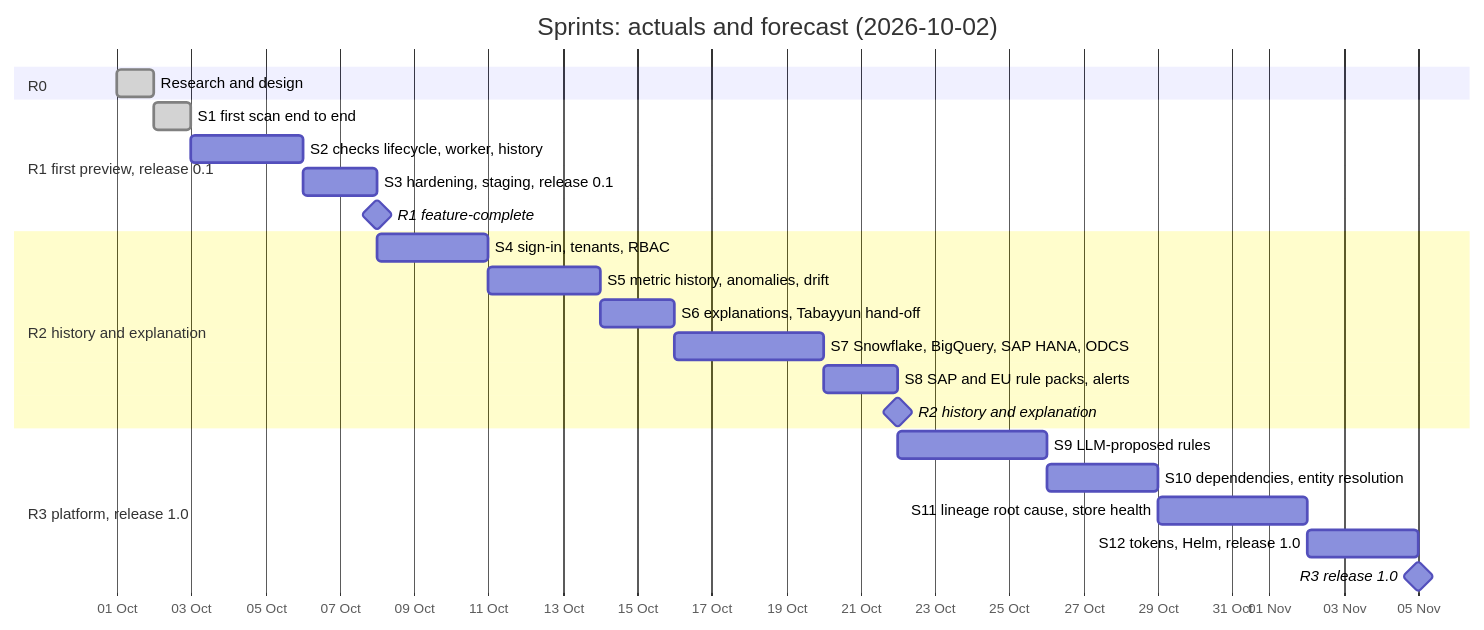
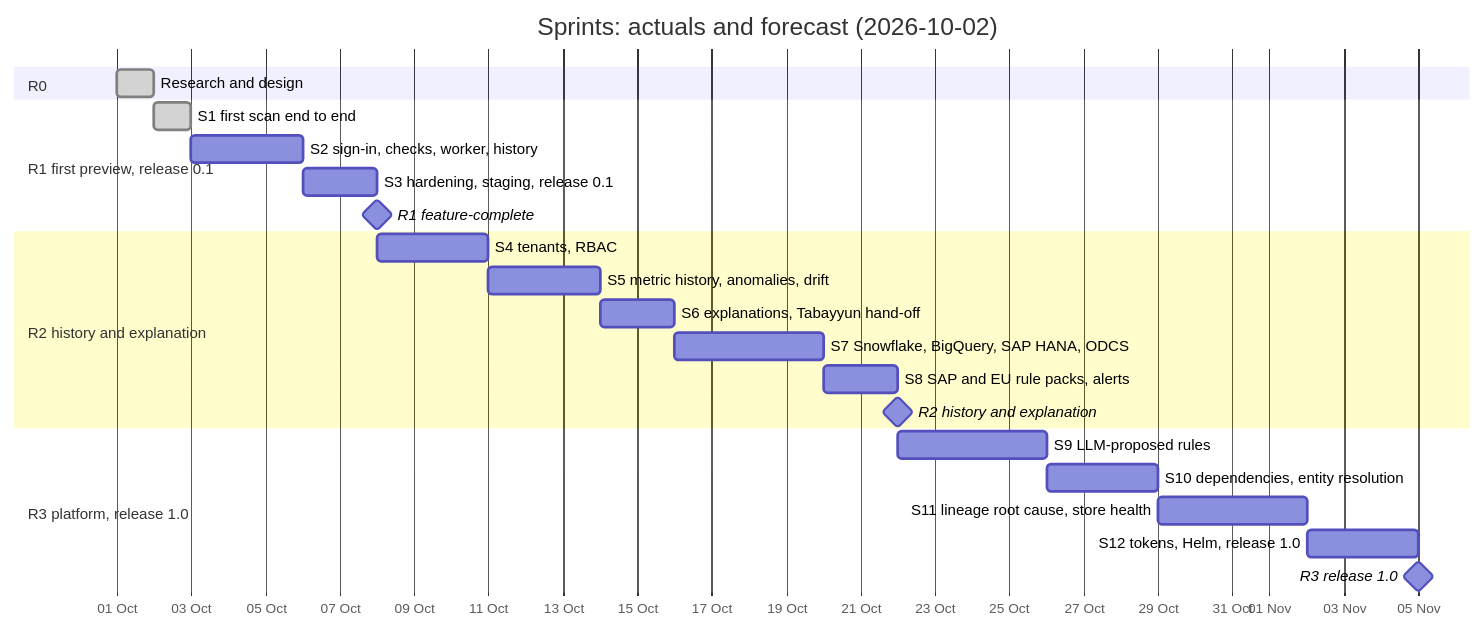
Before and after one commit to Sira-Labs/Sahifa: the diagram in docs/roadmap/sprints.md, drawn with Mermaid. The commit also changed other lines of this file and 11 other files, not shown here.

````diff
--- a/docs/roadmap/sprints.md
+++ b/docs/roadmap/sprints.md
@@ -40,31 +40,31 @@
 ```mermaid
 gantt
     title Sprints: actuals and forecast (2026-10-02)
     dateFormat YYYY-MM-DD
     axisFormat %d %b
     todayMarker off
 
     section R0
     Research and design                     :done, r0, 2026-10-01, 2026-10-02
 
     section R1 first preview, release 0.1
     S1 first scan end to end                :done, s1, 2026-10-02, 2026-10-03
-    S2 checks lifecycle, worker, history    :s2, 2026-10-03, 2026-10-06
+    S2 sign-in, checks, worker, history     :s2, 2026-10-03, 2026-10-06
     S3 hardening, staging, release 0.1      :s3, 2026-10-06, 2026-10-08
     R1 feature-complete                     :milestone, r1, 2026-10-08, 0d
 
     section R2 history and explanation
-    S4 sign-in, tenants, RBAC               :s4, 2026-10-08, 2026-10-11
+    S4 tenants, RBAC                        :s4, 2026-10-08, 2026-10-11
     S5 metric history, anomalies, drift     :s5, 2026-10-11, 2026-10-14
     S6 explanations, Tabayyun hand-off      :s6, 2026-10-14, 2026-10-16
     S7 Snowflake, BigQuery, SAP HANA, ODCS  :s7, 2026-10-16, 2026-10-20
     S8 SAP and EU rule packs, alerts        :s8, 2026-10-20, 2026-10-22
     R2 history and explanation              :milestone, r2, 2026-10-22, 0d
 
     section R3 platform, release 1.0
     S9 LLM-proposed rules                   :s9, 2026-10-22, 2026-10-26
     S10 dependencies, entity resolution     :s10, 2026-10-26, 2026-10-29
     S11 lineage root cause, store health    :s11, 2026-10-29, 2026-11-02
     S12 tokens, Helm, release 1.0           :s12, 2026-11-02, 2026-11-05
     R3 release 1.0                          :milestone, r3, 2026-11-05, 0d
 ```
````
